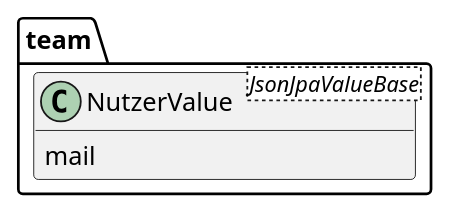
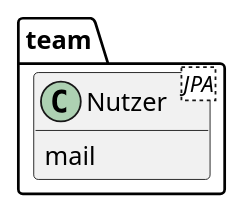
One commit to cardsplus/demoscs changed the diagram in doc/EsyTeamApi.adoc. Above: the diagram before and after it, drawn with PlantUML. The commit also changed other lines of this file and 59 other files, not shown here.

```diff
--- a/doc/EsyTeamApi.adoc
+++ b/doc/EsyTeamApi.adoc
@@ -38,11 +38,11 @@
-[plantuml,Team,png]
+[plantuml,EsyTeam,png]
 ----
 !pragma layout smetana
 hide members
 show attributes
 package "team" {
-  class NutzerValue<JsonJpaValueBase> {
+  class Nutzer<JPA> {
     mail
   }
 }
 ----
```
